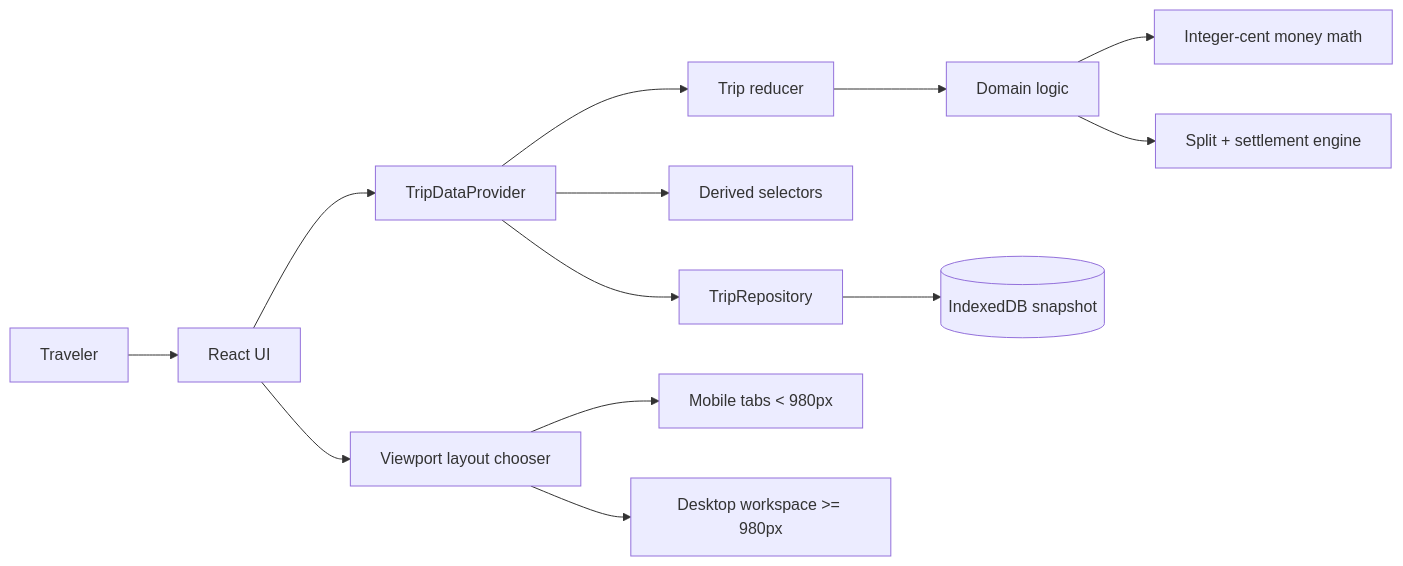
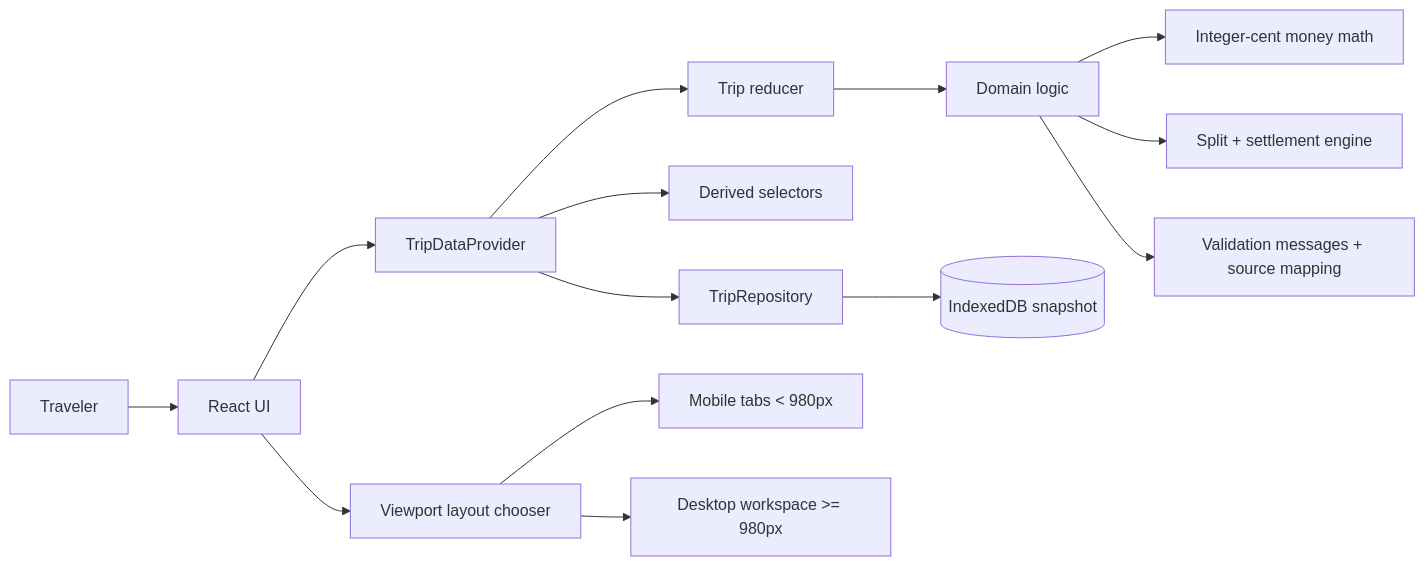
One commit to eldesperado/travel-split changed the first of 2 diagrams in README.md. Above: the diagram before and after it, drawn with Mermaid. The commit also changed other lines of this file and 3 other files, not shown here.

````diff
--- a/README.md
+++ b/README.md
@@ -79,16 +82,17 @@
 ```mermaid
 flowchart LR
   User[Traveler] --> UI[React UI]
   UI --> Provider[TripDataProvider]
   Provider --> Reducer[Trip reducer]
   Provider --> Selectors[Derived selectors]
   Reducer --> Domain[Domain logic]
   Domain --> Money[Integer-cent money math]
   Domain --> Split[Split + settlement engine]
+  Domain --> Errors[Validation messages + source mapping]
   Provider --> Repo[TripRepository]
   Repo --> IDB[(IndexedDB snapshot)]
 
   UI --> Layout[Viewport layout chooser]
   Layout --> Mobile[Mobile tabs < 980px]
   Layout --> Desktop[Desktop workspace >= 980px]
 ```
````
